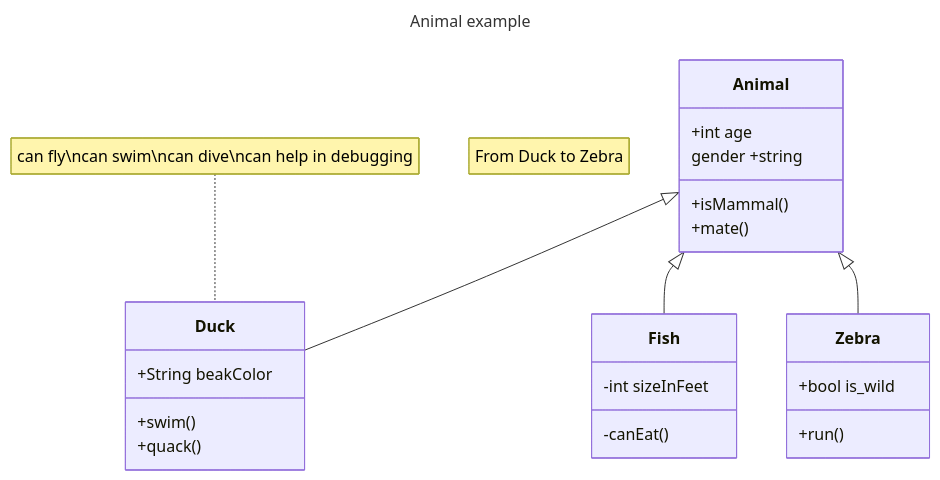
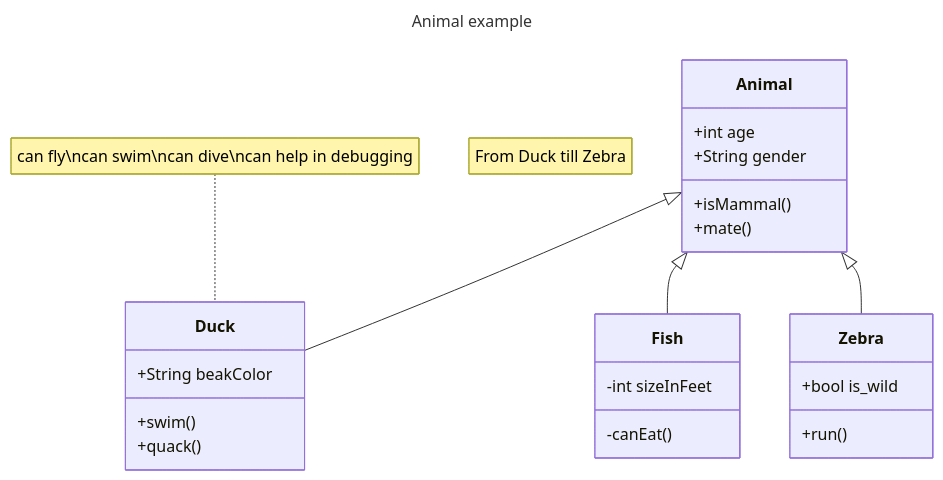
Before and after one commit to mermaid-js/mermaid: the first of 25 diagrams in docs/syntax/classDiagram.md, drawn with Mermaid. The commit also changed other lines of this file, not shown here.

````diff
--- a/docs/syntax/classDiagram.md
+++ b/docs/syntax/classDiagram.md
@@ -46,28 +46,28 @@
 ```mermaid
 ---
 title: Animal example
 ---
 classDiagram
-    note "From Duck to Zebra"
+    note "From Duck till Zebra"
     Animal <|-- Duck
     note for Duck "can fly\ncan swim\ncan dive\ncan help in debugging"
     Animal <|-- Fish
     Animal <|-- Zebra
     Animal : +int age
-    Animal : gender +string
+    Animal : +String gender
     Animal: +isMammal()
     Animal: +mate()
     class Duck{
         +String beakColor
         +swim()
         +quack()
     }
     class Fish{
         -int sizeInFeet
         -canEat()
     }
     class Zebra{
         +bool is_wild
         +run()
     }
 ```
````
